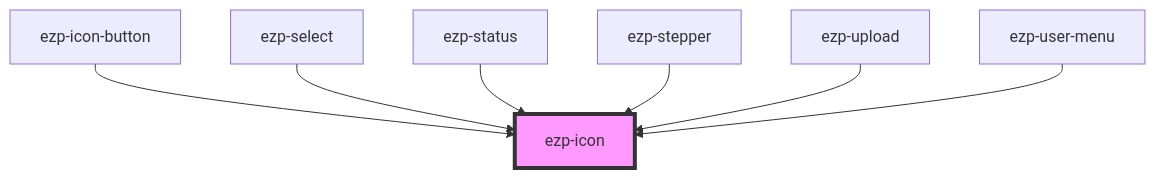
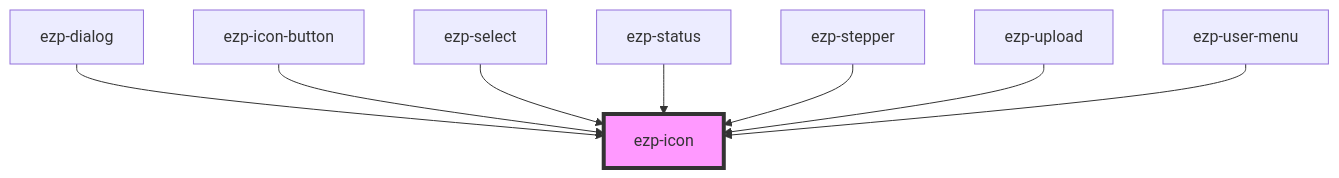
Before and after one commit to ezeep/ezeep-js: the diagram in src/components/ezp-icon/readme.md, drawn with Mermaid. The commit also changed other lines of this file and 20 other files, not shown here.

````diff
--- a/src/components/ezp-icon/readme.md
+++ b/src/components/ezp-icon/readme.md
@@ -26,10 +27,11 @@
 ```mermaid
 graph TD;
+  ezp-dialog --> ezp-icon
   ezp-icon-button --> ezp-icon
   ezp-select --> ezp-icon
   ezp-status --> ezp-icon
   ezp-stepper --> ezp-icon
   ezp-upload --> ezp-icon
   ezp-user-menu --> ezp-icon
   style ezp-icon fill:#f9f,stroke:#333,stroke-width:4px
 ```
````
